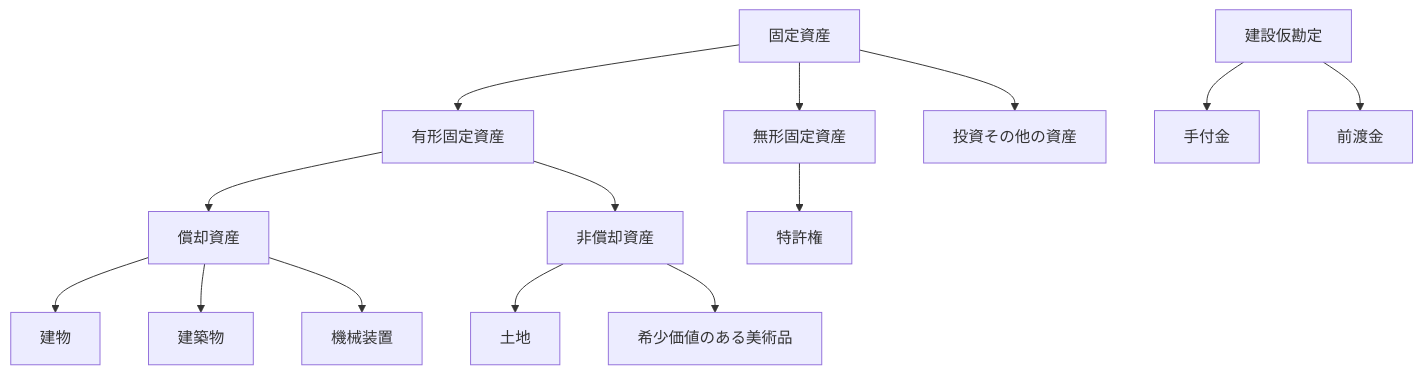
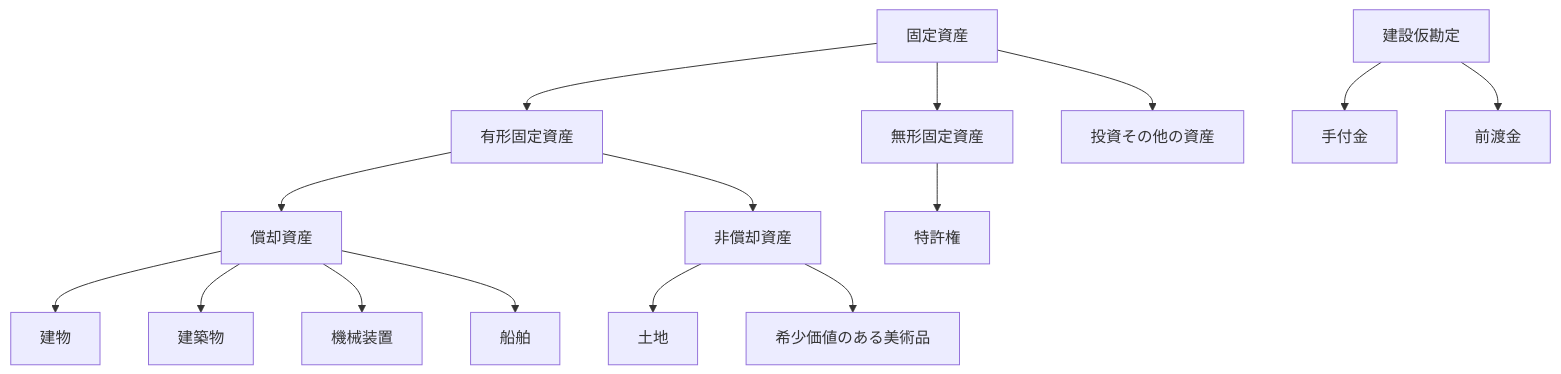
Before and after one commit to bebetakumi/mermaid: the diagram in 固定資産.md, drawn with Mermaid.

````diff
--- a/固定資産.md
+++ b/固定資産.md
@@ -3,12 +3,12 @@
 ```mermaid
 graph TD
 
 固定資産 --> 有形固定資産 --> 償却資産
 固定資産 --> 無形固定資産 --> 特許権
 固定資産 --> 投資その他の資産
 有形固定資産 --> 非償却資産
-償却資産 --> 建物 & 建築物 & 機械装置
+償却資産 --> 建物 & 建築物 & 機械装置 & 船舶
 非償却資産 --> 土地 & 希少価値のある美術品
 建設仮勘定 --> 手付金 & 前渡金
 
 ```
````
